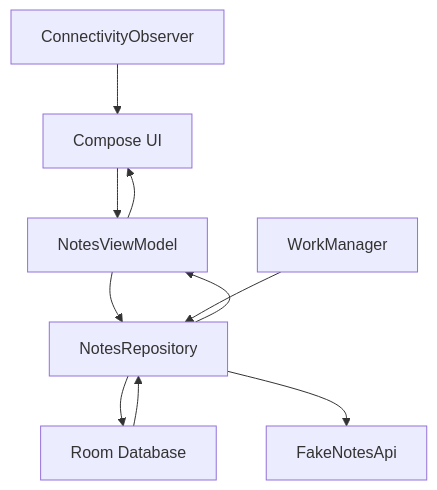
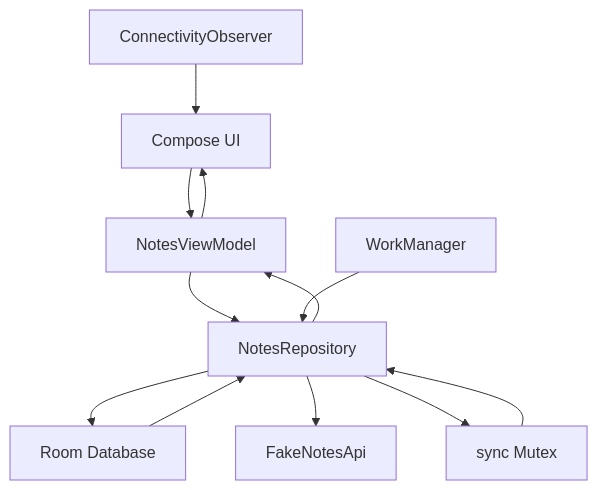
Before and after one commit to venkata-ram/FieldNotes-OfflineFirstSystemDesign: the diagram in README.md, drawn with Mermaid. The commit also changed other lines of this file and 17 other files, not shown here.

````diff
--- a/README.md
+++ b/README.md
@@ -25,12 +29,14 @@
 ```mermaid
 flowchart TD
     UI["Compose UI"] --> VM["NotesViewModel"]
     VM --> Repo["NotesRepository"]
     Repo --> DB["Room Database"]
     Repo --> API["FakeNotesApi"]
     Work["WorkManager"] --> Repo
     Conn["ConnectivityObserver"] --> UI
+    Repo --> Mutex["sync Mutex"]
+    Mutex --> Repo
     DB --> Repo
     Repo --> VM
     VM --> UI
 ```
````
